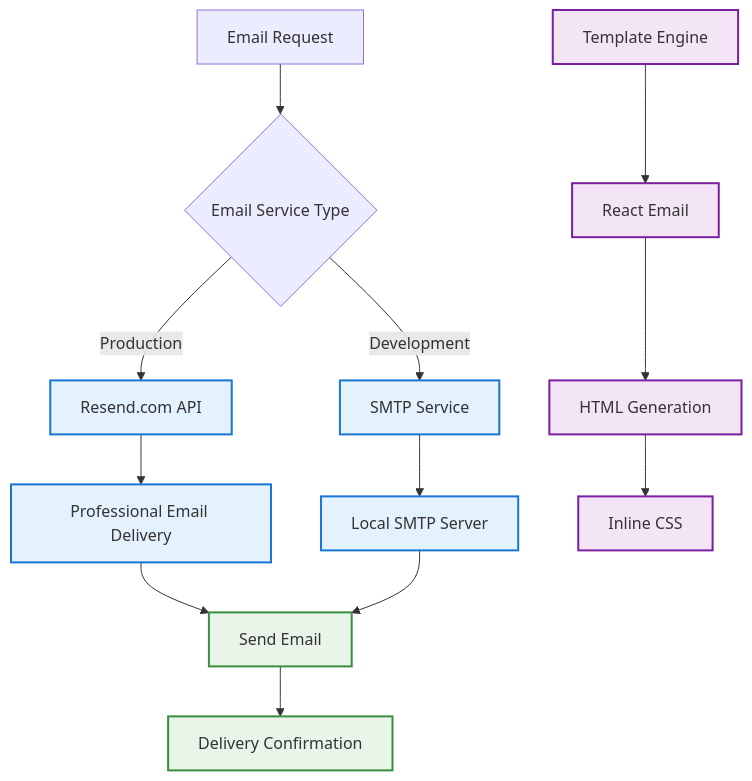
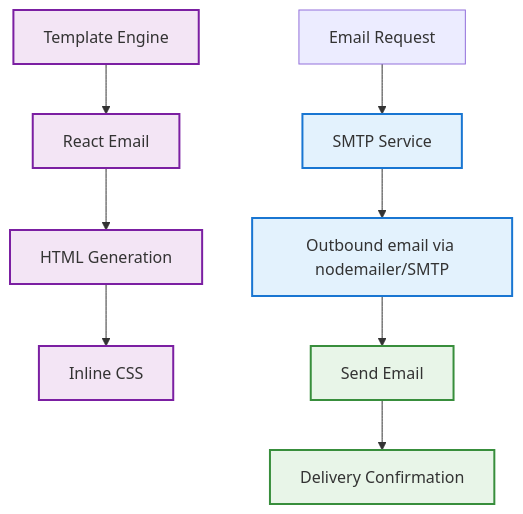
One commit to supercheck-io/supercheck changed diagram 12 of 15 in specs/02-authentication/AUTHENTICATION_SYSTEM.md. Above: the diagram before and after it, drawn with Mermaid. The commit also changed other lines of this file and 69 other files, not shown here.

````diff
--- a/specs/02-authentication/AUTHENTICATION_SYSTEM.md
+++ b/specs/02-authentication/AUTHENTICATION_SYSTEM.md
@@ -463,26 +459,21 @@
 ```mermaid
 graph TB
-    A[Email Request] --> B{Email Service Type}
+    A[Email Request] --> B[SMTP Service]
 
-    B -->|Production| C[Resend.com API]
-    B -->|Development| D[SMTP Service]
-
-    C --> E[Professional Email Delivery]
-    D --> F[Local SMTP Server]
+    B --> E[Outbound email via nodemailer/SMTP]
 
     G[Template Engine] --> H[React Email]
     H --> I[HTML Generation]
     I --> J[Inline CSS]
 
     E --> K[Send Email]
-    F --> K
     K --> L[Delivery Confirmation]
 
     classDef service fill:#e3f2fd,stroke:#1976d2,stroke-width:2px
     classDef template fill:#f3e5f5,stroke:#7b1fa2,stroke-width:2px
     classDef delivery fill:#e8f5e8,stroke:#388e3c,stroke-width:2px
 
-    class C,D,E,F service
+    class B,E service
     class G,H,I,J template
     class K,L delivery
 ```
````
